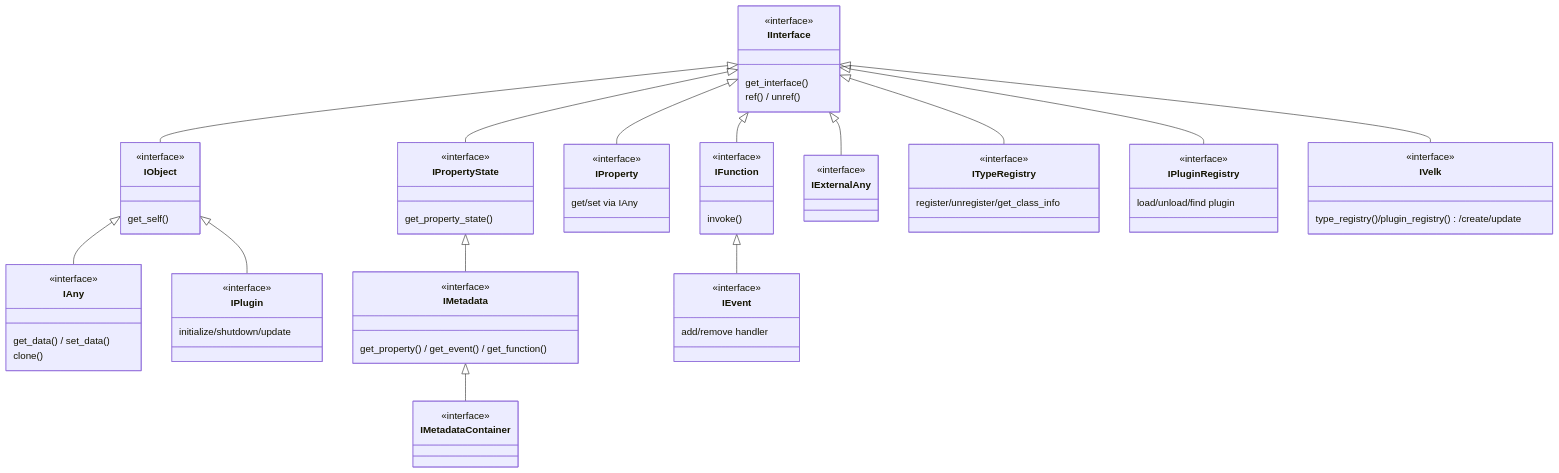
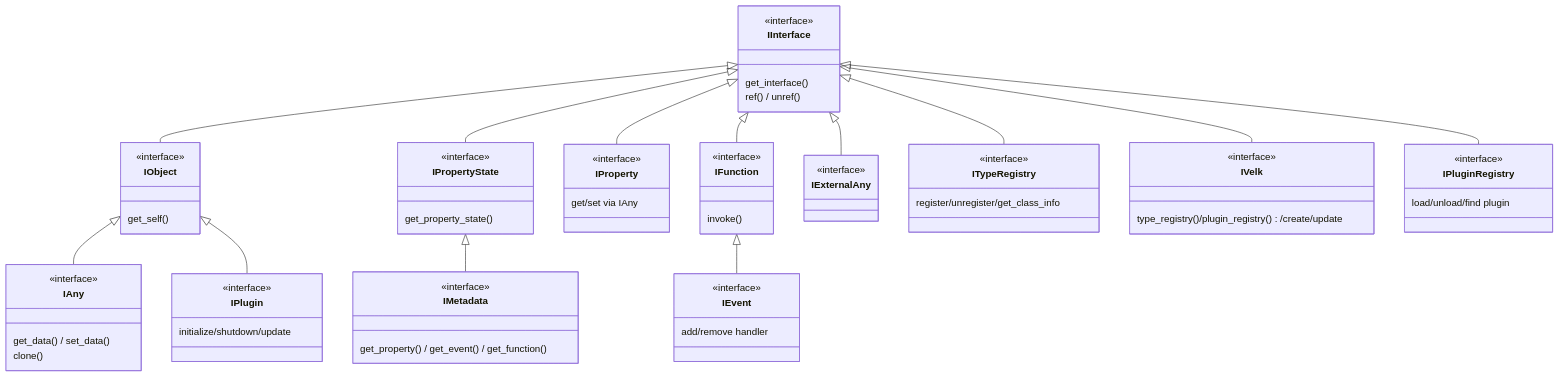
Before and after one commit to ljaaskela/strata: the second of 3 diagrams in docs/architecture.md, drawn with Mermaid. The commit also changed other lines of this file and 48 other files, not shown here.

````diff
--- a/docs/architecture.md
+++ b/docs/architecture.md
@@ -116,82 +116,77 @@
 ```mermaid
 classDiagram
     direction TB
 
     class IInterface {
         <<interface>>
         get_interface()
         ref() / unref()
     }
 
     class IObject {
         <<interface>>
         get_self()
     }
     class IAny {
         <<interface>>
         get_data() / set_data()
         clone()
     }
 
     class IPropertyState {
         <<interface>>
         get_property_state()
     }
     class IMetadata {
         <<interface>>
         get_property() / get_event() / get_function()
     }
-    class IMetadataContainer {
-        <<interface>>
-    }
-
     class IProperty {
         <<interface>>
         get/set via IAny
     }
     class IFunction {
         <<interface>>
         invoke()
     }
     class IEvent {
         <<interface>>
         add/remove handler
     }
 
     class IExternalAny {
         <<interface>>
     }
     class ITypeRegistry {
         <<interface>>
         register/unregister/get_class_info
     }
     class IVelk {
         <<interface>>
         type_registry()/plugin_registry()/create/update
     }
     class IPlugin {
         <<interface>>
         initialize/shutdown/update
     }
     class IPluginRegistry {
         <<interface>>
         load/unload/find plugin
     }
 
     IInterface <|-- IObject
     IObject <|-- IAny
     IObject <|-- IPlugin
 
     IInterface <|-- IPropertyState
     IPropertyState <|-- IMetadata
-    IMetadata <|-- IMetadataContainer
 
     IInterface <|-- IProperty
     IInterface <|-- IFunction
     IFunction <|-- IEvent
 
     IInterface <|-- IExternalAny
     IInterface <|-- ITypeRegistry
     IInterface <|-- IPluginRegistry
     IInterface <|-- IVelk
 ```
````
